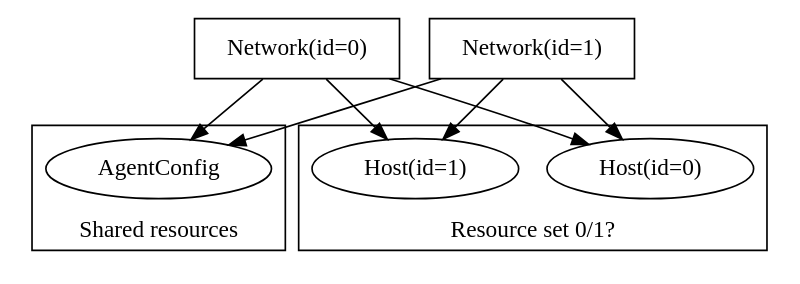
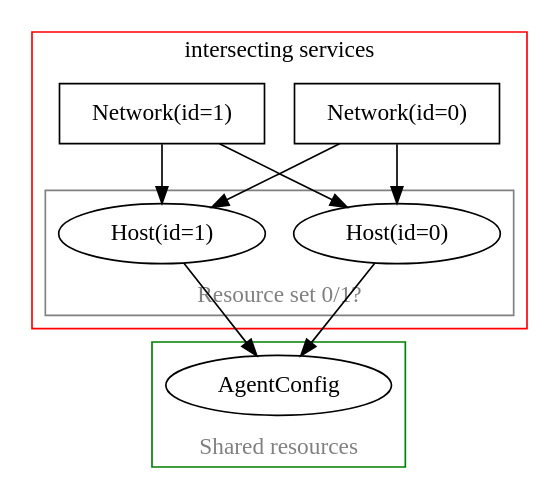
Before and after one commit to inmanta/inmanta-core: the fourth of 5 diagrams in docs/resource_sets.rst, drawn with Graphviz. The commit also changed other lines of this file, not shown here.

```diff
--- a/docs/resource_sets.rst
+++ b/docs/resource_sets.rst
@@ -324,18 +339,27 @@
 .. digraph:: resource_sets_example_invalid
-    :caption: Two invalid services with a resource set conflict
+    :caption: Two invalid service instances with a resource set conflict
 
     subgraph cluster_shared {
         AgentConfig;
+        color = "green";
+        fontcolor = "grey";
         label = "Shared resources";
         labelloc = "bottom";
     }
 
-    "Network(id=0)" [shape=rectangle];
-    "Network(id=1)" [shape=rectangle];
-    { "Network(id=0)" "Network(id=1)" }-> subgraph cluster_resources0 {
-        "Host(id=0)";
-        "Host(id=1)";
-        label = "Resource set 0/1?";
-        labelloc = "bottom";
+    subgraph cluster_bad {
+        "Network(id=0)" [shape=rectangle];
+        "Network(id=1)" [shape=rectangle];
+        { "Network(id=0)" "Network(id=1)" }-> subgraph cluster_resources0 {
+            "Host(id=0)";
+            "Host(id=1)";
+            color = "grey"
+            fontcolor = "grey"
+            label = "Resource set 0/1?";
+            labelloc = "bottom";
+        }
+        color = "red";
+        label = "intersecting services";
+        labelloc = "top";
     }
-    { "Network(id=0)" "Network(id=1)" } -> AgentConfig;
+    { "Host(id=0)" "Host(id=1)" } -> AgentConfig;
```
